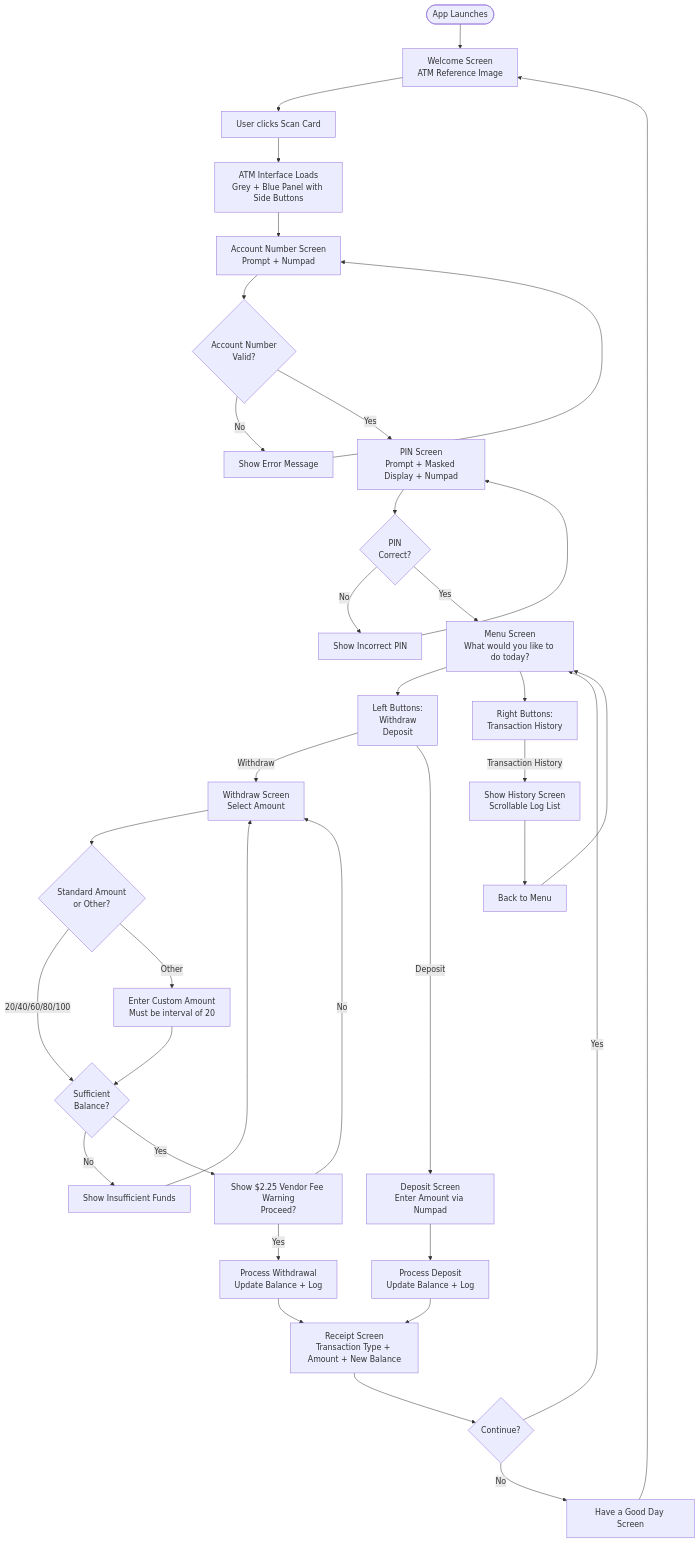
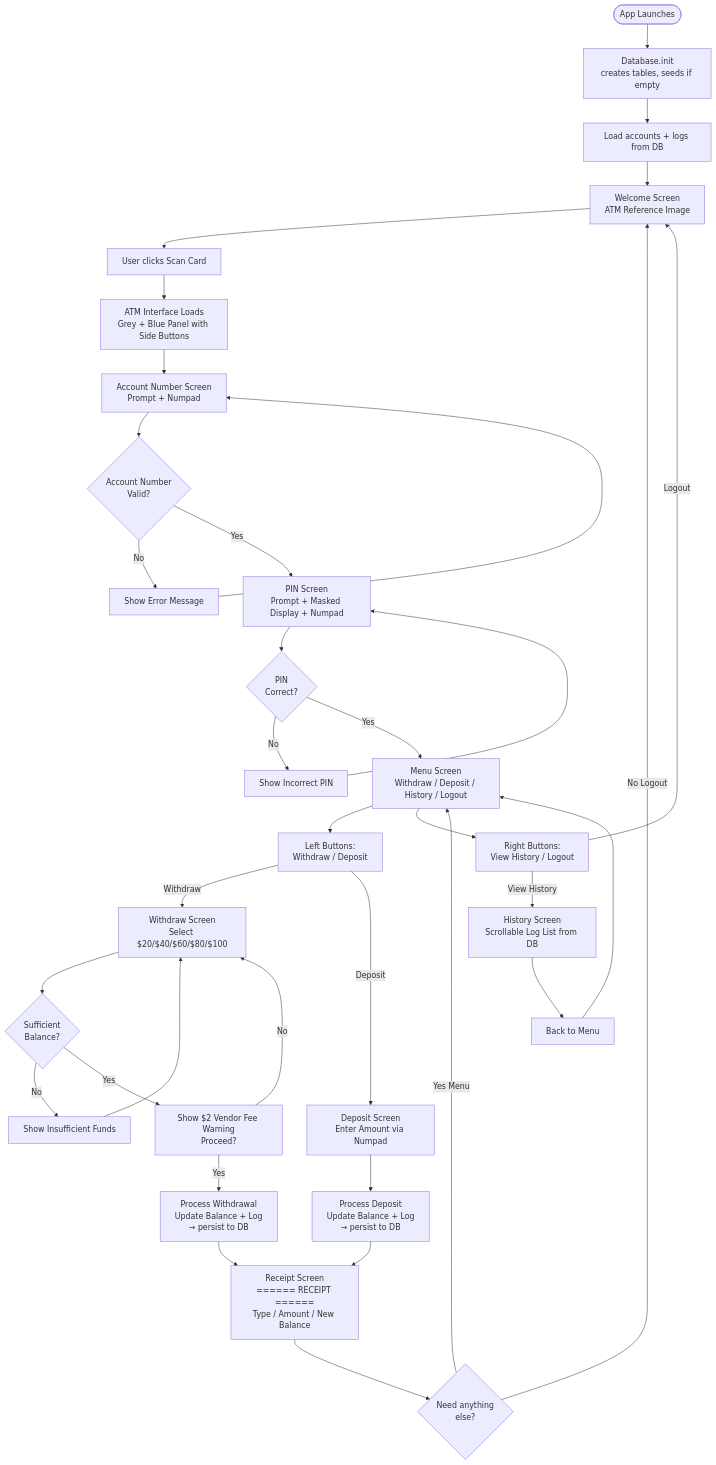
The third of 3 diagrams in diagram.md (RalpA-AFK/ATM-interface-final), drawn with Mermaid before and after one commit. The commit also changed other lines of this file and 21 other files, not shown here.

````diff
--- a/diagram.md
+++ b/diagram.md
@@ -124,40 +190,42 @@
 ```mermaid
 flowchart TD
-    A([App Launches]) --> B[Welcome Screen\nATM Reference Image]
+    A([App Launches]) --> A2[Database.init<br/>creates tables, seeds if empty]
+    A2 --> A3[Load accounts + logs from DB]
+    A3 --> B[Welcome Screen<br/>ATM Reference Image]
     B --> C[User clicks Scan Card]
-    C --> D[ATM Interface Loads\nGrey + Blue Panel with Side Buttons]
+    C --> D[ATM Interface Loads<br/>Grey + Blue Panel with Side Buttons]
 
-    D --> E[Account Number Screen\nPrompt + Numpad]
-    E --> F{Account Number\nValid?}
+    D --> E[Account Number Screen<br/>Prompt + Numpad]
+    E --> F{Account Number<br/>Valid?}
     F -- No --> G[Show Error Message] --> E
-    F -- Yes --> H[PIN Screen\nPrompt + Masked Display + Numpad]
+    F -- Yes --> H[PIN Screen<br/>Prompt + Masked Display + Numpad]
 
-    H --> I{PIN\nCorrect?}
+    H --> I{PIN<br/>Correct?}
     I -- No --> J[Show Incorrect PIN] --> H
-    I -- Yes --> K[Menu Screen\nWhat would you like to do today?]
+    I -- Yes --> K[Menu Screen<br/>Withdraw / Deposit / History / Logout]
 
-    K --> L[Left Buttons:\nWithdraw\nDeposit]
-    K --> M[Right Buttons:\nTransaction History]
+    K --> L[Left Buttons:<br/>Withdraw / Deposit]
+    K --> M[Right Buttons:<br/>View History / Logout]
 
-    L -- Withdraw --> N[Withdraw Screen\nSelect Amount]
-    N --> O{Standard Amount\nor Other?}
-    O -- 20/40/60/80/100 --> P{Sufficient\nBalance?}
-    O -- Other --> Q[Enter Custom Amount\nMust be interval of 20] --> P
+    L -- Withdraw --> N[Withdraw Screen<br/>Select $20/$40/$60/$80/$100]
+    N --> P{Sufficient<br/>Balance?}
     P -- No --> R[Show Insufficient Funds] --> N
-    P -- Yes --> S[Show $2.25 Vendor Fee Warning\nProceed?]
+    P -- Yes --> S[Show $2 Vendor Fee Warning<br/>Proceed?]
     S -- No --> N
-    S -- Yes --> T[Process Withdrawal\nUpdate Balance + Log]
+    S -- Yes --> T[Process Withdrawal<br/>Update Balance + Log<br/>→ persist to DB]
 
-    L -- Deposit --> U[Deposit Screen\nEnter Amount via Numpad]
-    U --> V[Process Deposit\nUpdate Balance + Log]
+    L -- Deposit --> U[Deposit Screen<br/>Enter Amount via Numpad]
+    U --> V[Process Deposit<br/>Update Balance + Log<br/>→ persist to DB]
 
-    M -- Transaction History --> W[Show History Screen\nScrollable Log List]
+    M -- View History --> W[History Screen<br/>Scrollable Log List from DB]
     W --> X[Back to Menu] --> K
 
-    T --> Y[Receipt Screen\nTransaction Type + Amount + New Balance]
+    T --> Y[Receipt Screen<br/>====== RECEIPT ======<br/>Type / Amount / New Balance]
     V --> Y
 
-    Y --> Z{Continue?}
-    Z -- Yes --> K
-    Z -- No --> AA[Have a Good Day Screen] --> B
+    Y --> Z{Need anything<br/>else?}
+    Z -- Yes Menu --> K
+    Z -- No Logout --> B
+
+    M -- Logout --> B
 ```
````
